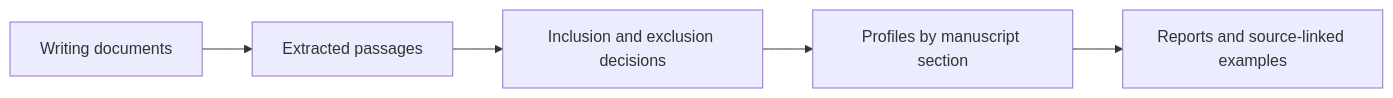
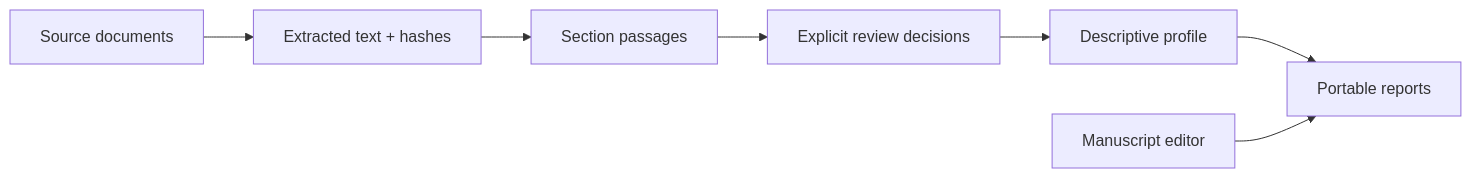
The diagram in README.md (ericrosenn1/manuscriptforge), drawn with Mermaid before and after one commit. The commit also changed other lines of this file and 43 other files, not shown here.

First line of the commit message:
Build ManuscriptForge Studio: a complete local-first writing workspace (#1)

````diff
--- a/README.md
+++ b/README.md
@@ -74,7 +76,9 @@
 ```mermaid
 flowchart LR
-    S[Writing documents] --> E[Extracted passages]
-    E --> C[Inclusion and exclusion decisions]
-    C --> P[Profiles by manuscript section]
-    P --> R[Reports and source-linked examples]
+    A[Source documents] --> B[Extracted text + hashes]
+    B --> C[Section passages]
+    C --> D[Explicit review decisions]
+    D --> E[Descriptive profile]
+    E --> F[Portable reports]
+    G[Manuscript editor] --> F
 ```
````
